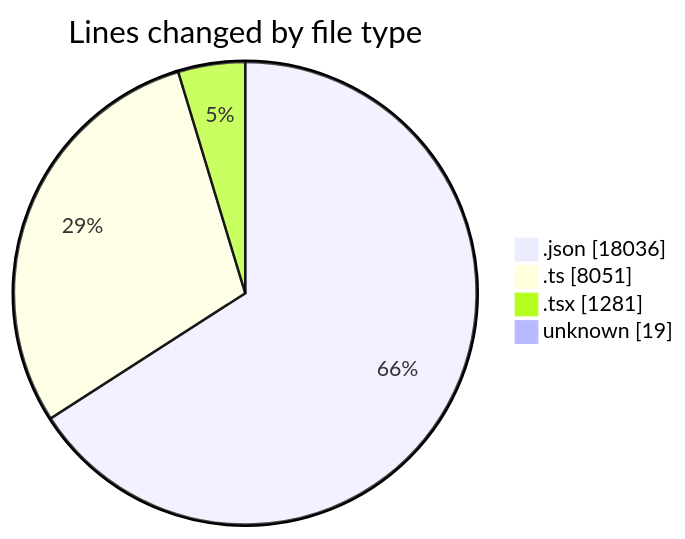
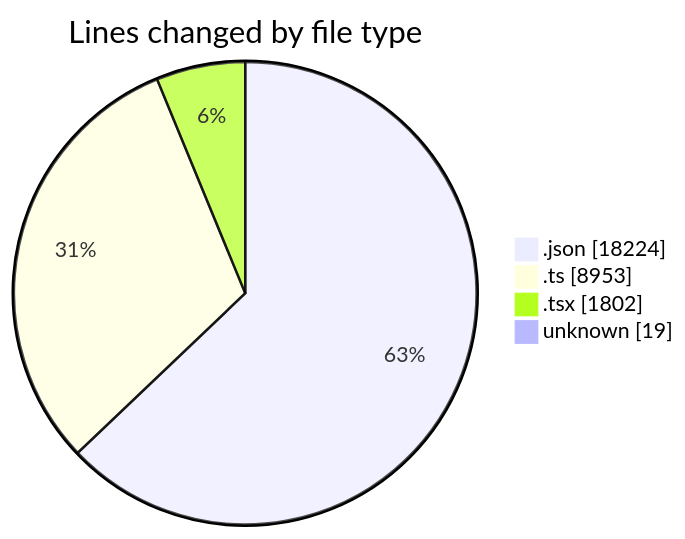
One commit to CELIANVF/code-tracking changed the first of 2 diagrams in 2025-05-09/ecodeli/README.md. Above: the diagram before and after it, drawn with Mermaid. The commit also changed other lines of this file and 1 other file, not shown here.

````diff
--- a/2025-05-09/ecodeli/README.md
+++ b/2025-05-09/ecodeli/README.md
@@ -33,8 +34,8 @@
 ```mermaid
 pie showData
 title Lines changed by file type
-".json" : 18036
-".ts" : 8051
-".tsx" : 1281
+".json" : 18224
+".ts" : 8953
+".tsx" : 1802
 "unknown" : 19
 ```
````
